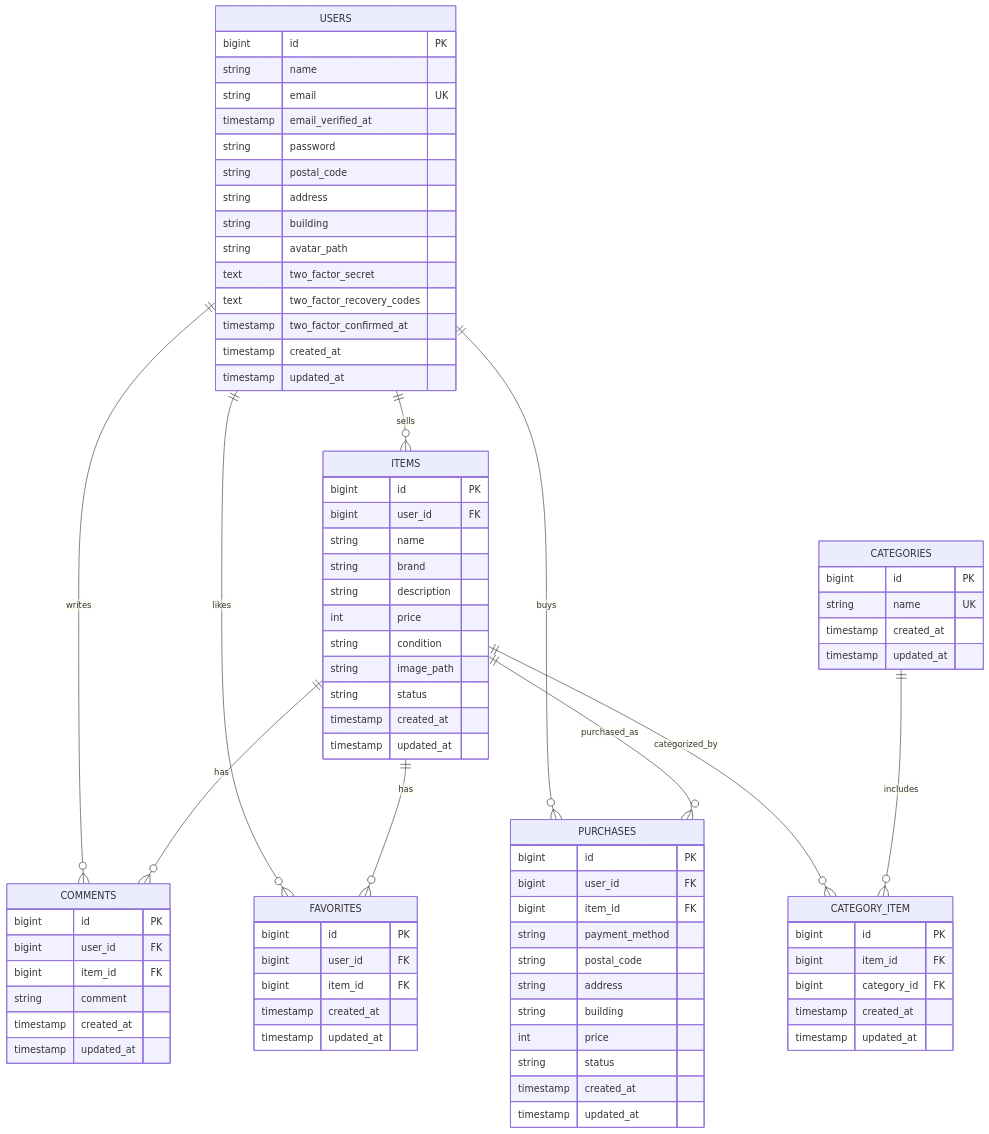
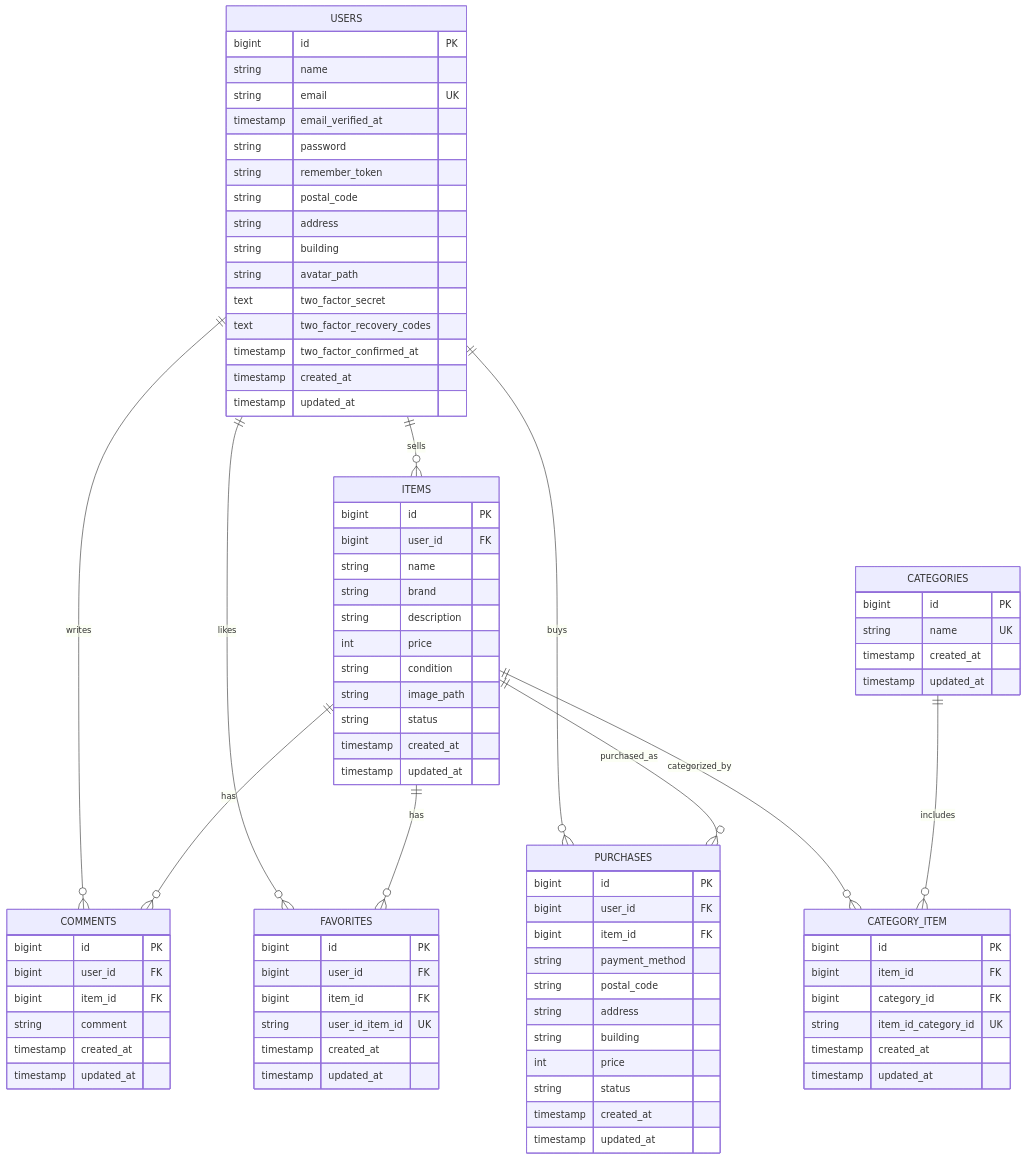
The diagram in docs/er.md (yukari0125/flima-docker), drawn with Mermaid before and after one commit. The commit also changed other lines of this file and 6 other files, not shown here.

````diff
--- a/docs/er.md
+++ b/docs/er.md
@@ -12,4 +14,6 @@
 ```mermaid
+%% favorites は (user_id, item_id) の複合ユニーク
+%% category_item は (item_id, category_id) の複合ユニーク
 erDiagram
     USERS {
         bigint id PK
@@ -17,6 +21,7 @@
         string email UK
         timestamp email_verified_at
         string password
+        string remember_token
         string postal_code
         string address
         string building
@@ -53,6 +58,7 @@
         bigint id PK
         bigint item_id FK
         bigint category_id FK
+        string item_id_category_id UK
         timestamp created_at
         timestamp updated_at
     }
@@ -70,6 +76,7 @@
         bigint id PK
         bigint user_id FK
         bigint item_id FK
+        string user_id_item_id UK
         timestamp created_at
         timestamp updated_at
     }
````
